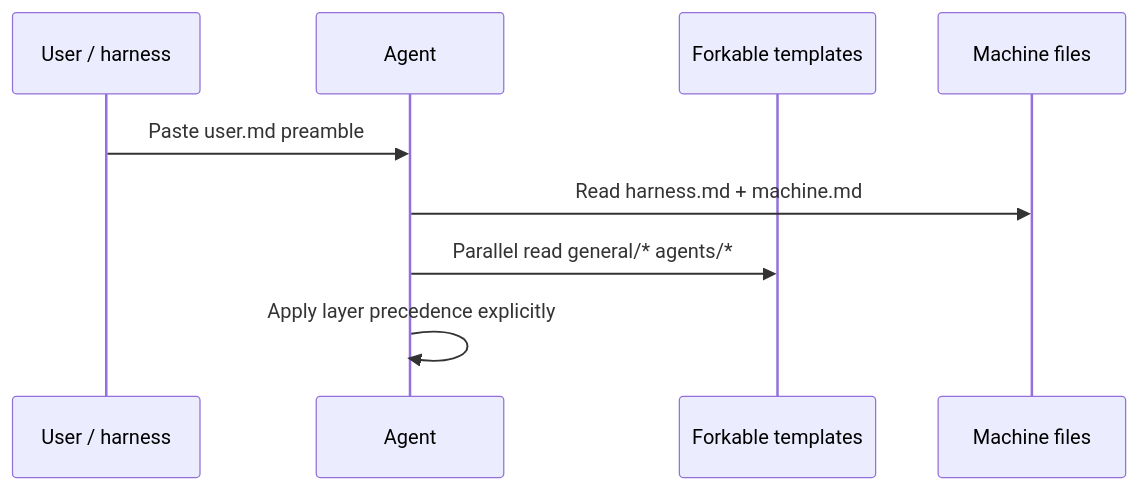
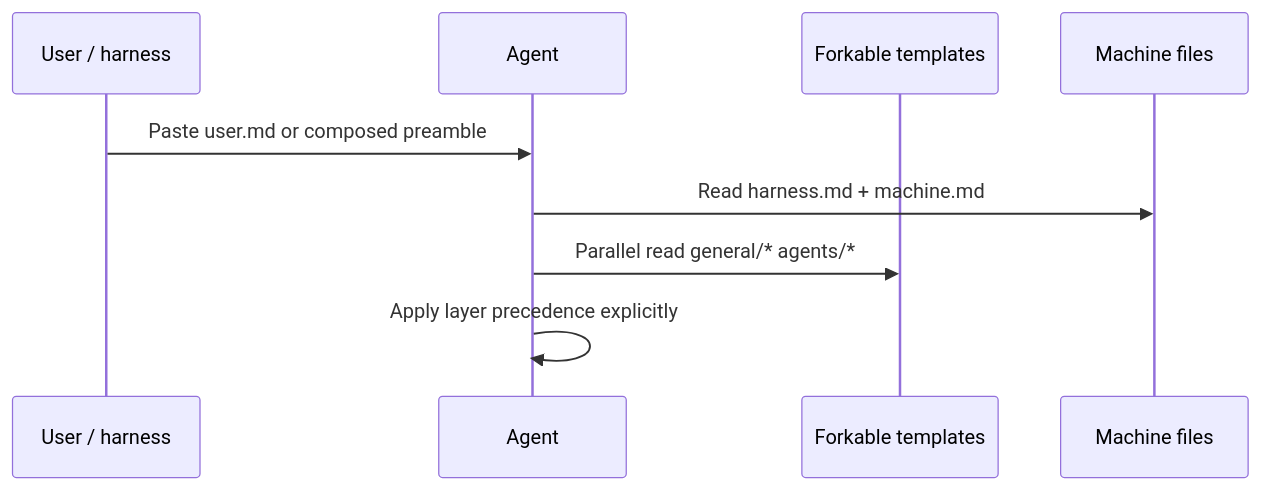
One commit to dev-centr/agent-rules changed the diagram in docs/modules/ROOT/pages/harness-neutral.adoc. Above: the diagram before and after it, drawn with Mermaid. The commit also changed other lines of this file and 10 other files, not shown here.

```diff
--- a/docs/modules/ROOT/pages/harness-neutral.adoc
+++ b/docs/modules/ROOT/pages/harness-neutral.adoc
@@ -192,12 +271,12 @@
 [mermaid]
 ....
 sequenceDiagram
   participant U as User / harness
   participant A as Agent
   participant T as Forkable templates
   participant M as Machine files
-  U->>A: Paste user.md preamble
+  U->>A: Paste user.md or composed preamble
   A->>M: Read harness.md + machine.md
   A->>T: Parallel read general/* agents/*
   A->>A: Apply layer precedence explicitly
 ....
```
